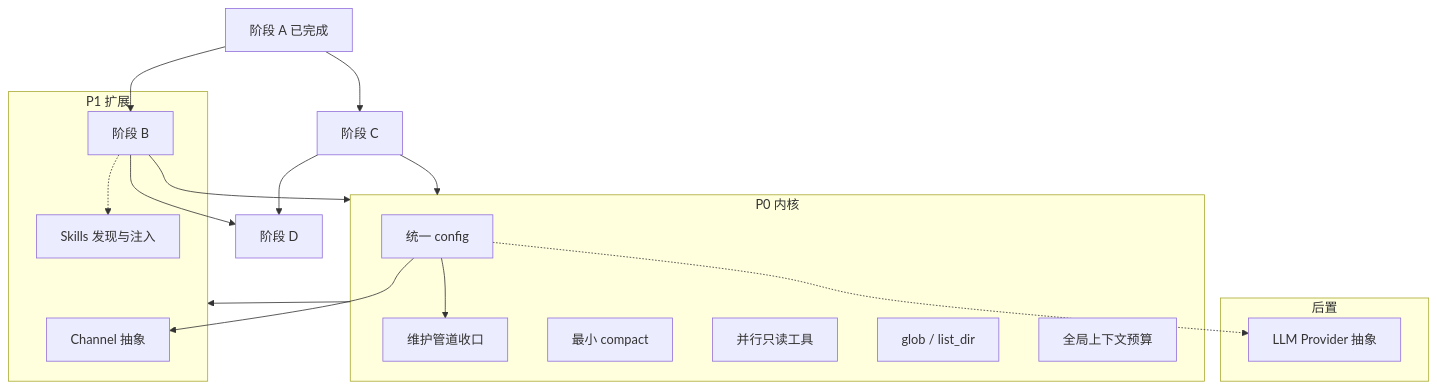
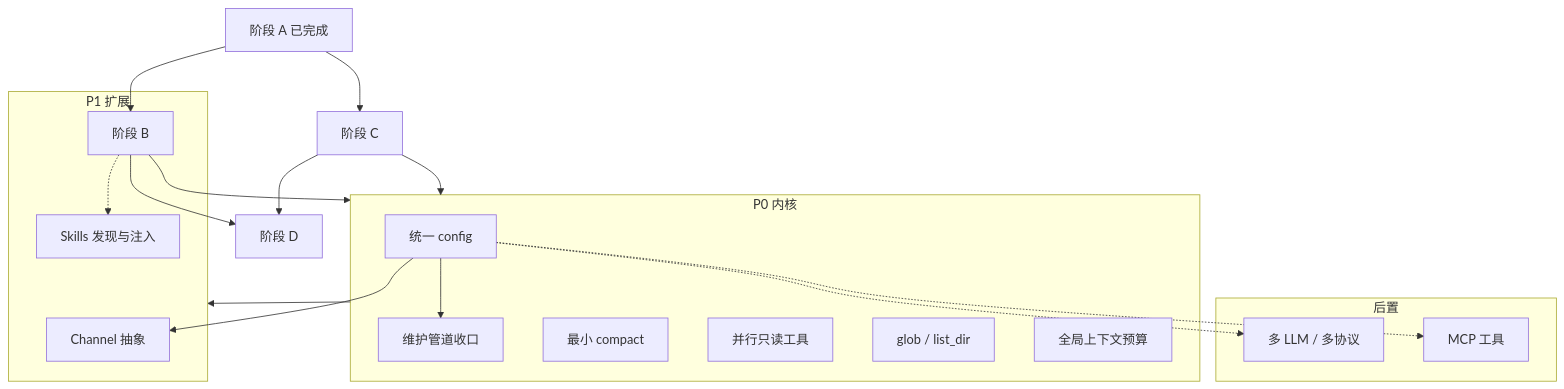
Before and after one commit to lengzhao/oneclaw: the diagram in docs/todo.md, drawn with Mermaid. The commit also changed other lines of this file and 33 other files, not shown here.

````diff
--- a/docs/todo.md
+++ b/docs/todo.md
@@ -208,29 +217,31 @@
 ```mermaid
 flowchart TB
   subgraph P0["P0 内核"]
     CFG[统一 config]
     MAINT[维护管道收口]
     CMP[最小 compact]
     PAR[并行只读工具]
     GLOB[glob / list_dir]
     BUD[全局上下文预算]
     CFG --> MAINT
   end
   subgraph P1["P1 扩展"]
     CH[Channel 抽象]
     SK[Skills 发现与注入]
     CFG --> CH
     B -.-> SK
   end
   subgraph POST["后置"]
-    LLM[LLM Provider 抽象]
+    LLM[多 LLM / 多协议]
+    MCP[MCP 工具]
   end
   CFG -.-> LLM
+  CFG -.-> MCP
   A[阶段 A 已完成] --> B[阶段 B]
   A --> C[阶段 C]
   B --> P0
   C --> P0
   P0 --> P1
   B --> D[阶段 D]
   C --> D
 ```
````
